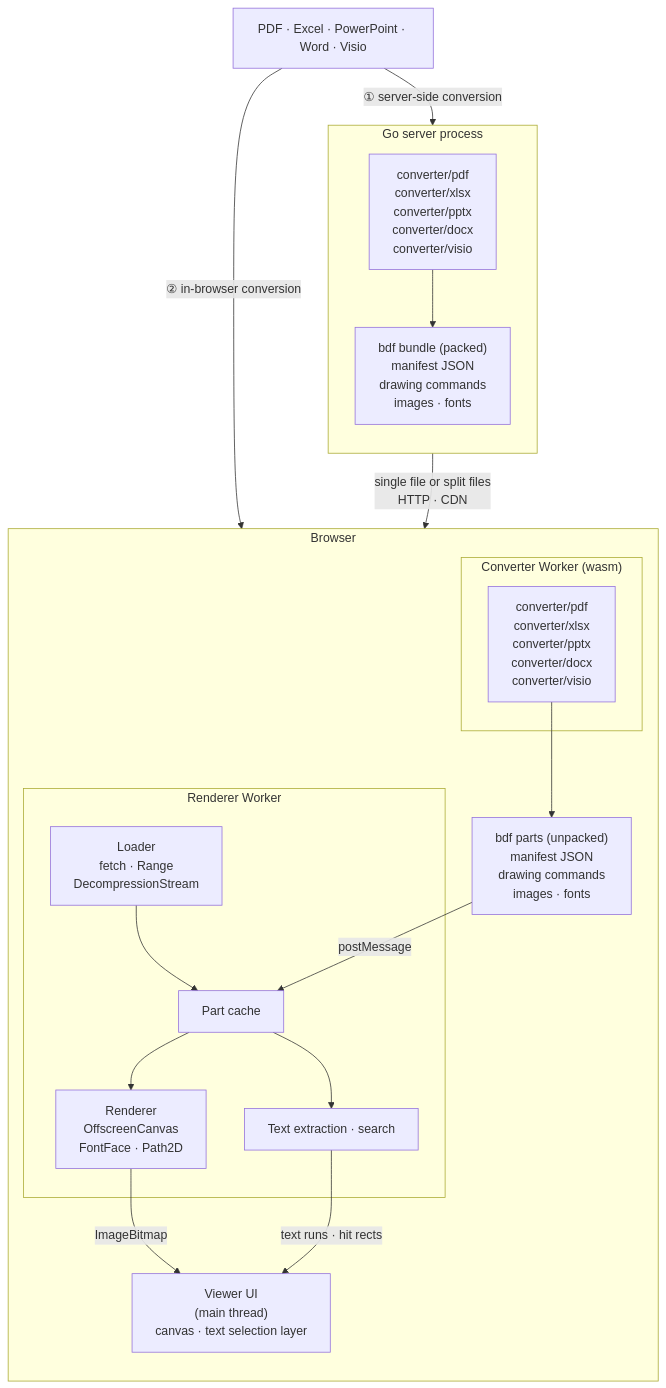
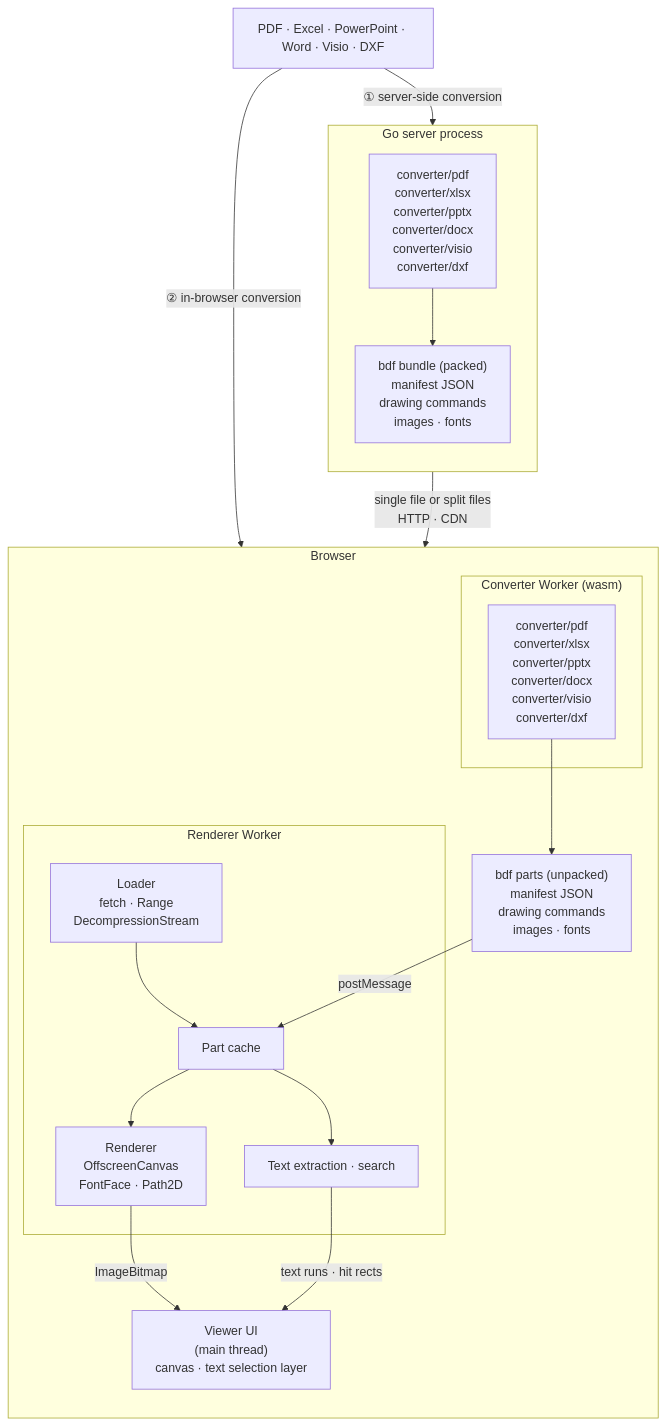
The diagram in README.md (shibukawa/bdf), drawn with Mermaid before and after one commit. The commit also changed other lines of this file and 45 other files, not shown here.

````diff
--- a/README.md
+++ b/README.md
@@ -11,37 +11,37 @@
 ```mermaid
 flowchart TB
-    SRC["PDF · Excel · PowerPoint · Word · Visio"]
+    SRC["PDF · Excel · PowerPoint · Word · Visio · DXF"]
 
     subgraph SERVER["Go server process"]
         direction TB
-        SCONV["converter/pdf<br/>converter/xlsx<br/>converter/pptx<br/>converter/docx<br/>converter/visio"]
+        SCONV["converter/pdf<br/>converter/xlsx<br/>converter/pptx<br/>converter/docx<br/>converter/visio<br/>converter/dxf"]
         BUNDLE["bdf bundle (packed)<br/>manifest JSON<br/>drawing commands<br/>images · fonts"]
         SCONV --> BUNDLE
     end
 
     subgraph BROWSER["Browser"]
         direction TB
         subgraph CWORKER["Converter Worker (wasm)"]
-            WCONV["converter/pdf<br/>converter/xlsx<br/>converter/pptx<br/>converter/docx<br/>converter/visio"]
+            WCONV["converter/pdf<br/>converter/xlsx<br/>converter/pptx<br/>converter/docx<br/>converter/visio<br/>converter/dxf"]
         end
         PARTS["bdf parts (unpacked)<br/>manifest JSON<br/>drawing commands<br/>images · fonts"]
         subgraph RWORKER["Renderer Worker"]
             LOADER["Loader<br/>fetch · Range<br/>DecompressionStream"]
             STORE["Part cache"]
             RENDER["Renderer<br/>OffscreenCanvas<br/>FontFace · Path2D"]
             TEXT["Text extraction · search"]
             LOADER --> STORE
             STORE --> RENDER
             STORE --> TEXT
         end
         UI["Viewer UI<br/>(main thread)<br/>canvas · text selection layer"]
         WCONV --> PARTS
     end
 
     SRC -- "① server-side conversion" --> SCONV
     SRC -- "② in-browser conversion" --> WCONV
     BUNDLE -- "single file or split files<br/>HTTP · CDN" --> LOADER
     PARTS -- "postMessage" --> STORE
     RENDER -- "ImageBitmap" --> UI
     TEXT -- "text runs · hit rects" --> UI
 ```
````
